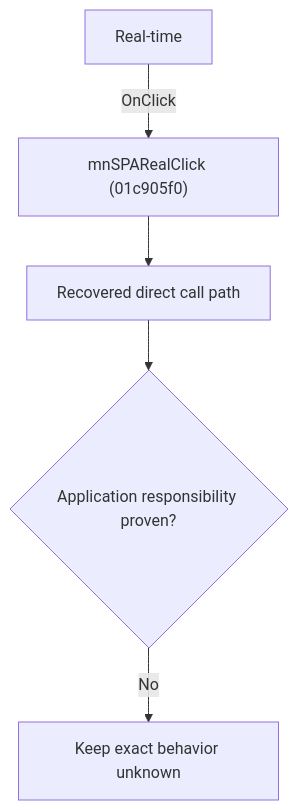
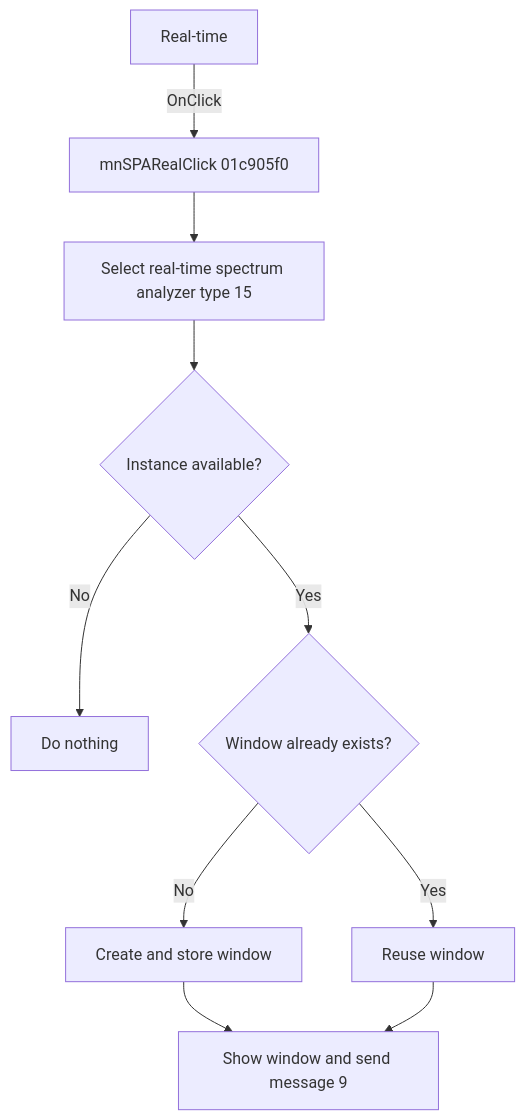
The diagram in docs/ui-controls/schematiceditor/mnspareal-12325756ca.md (MovGP0/TIARA), drawn with Mermaid before and after one commit. The commit also changed other lines of this file and 241 other files, not shown here.

````diff
--- a/docs/ui-controls/schematiceditor/mnspareal-12325756ca.md
+++ b/docs/ui-controls/schematiceditor/mnspareal-12325756ca.md
@@ -27,7 +22,12 @@
 ```mermaid
 flowchart TD
-    control["Real-time"] -->|"OnClick"| handler["mnSPARealClick (01c905f0)"]
-    handler --> recovered["Recovered direct call path"]
-    recovered --> gap{"Application responsibility proven?"}
-    gap -->|"No"| blocked["Keep exact behavior unknown"]
+    control["Real-time"] -->|"OnClick"| handler["mnSPARealClick 01c905f0"]
+    handler --> coordinator["Select real-time spectrum analyzer type 15"]
+    coordinator --> available{"Instance available?"}
+    available -->|"No"| noOp["Do nothing"]
+    available -->|"Yes"| slot{"Window already exists?"}
+    slot -->|"No"| create["Create and store window"]
+    slot -->|"Yes"| reuse["Reuse window"]
+    create --> show["Show window and send message 9"]
+    reuse --> show
 ```
````
